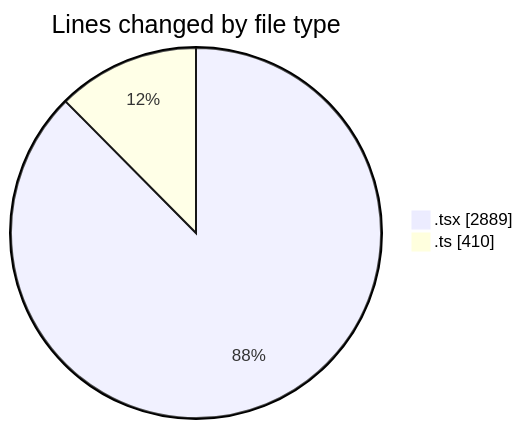
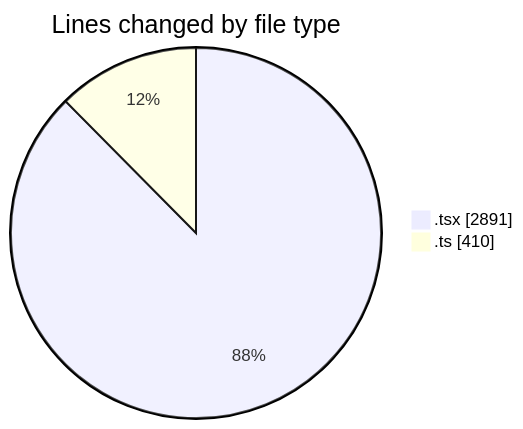
The first of 2 diagrams in 2025-03-07/mbc-web/README.md (robertbonfada/code-tracking), drawn with Mermaid before and after one commit. The commit also changed other lines of this file and 1 other file, not shown here.

````diff
--- a/2025-03-07/mbc-web/README.md
+++ b/2025-03-07/mbc-web/README.md
@@ -28,6 +28,6 @@
 ```mermaid
 pie showData
 title Lines changed by file type
-".tsx" : 2889
+".tsx" : 2891
 ".ts" : 410
 ```
````
